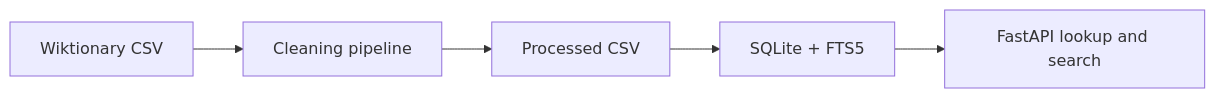
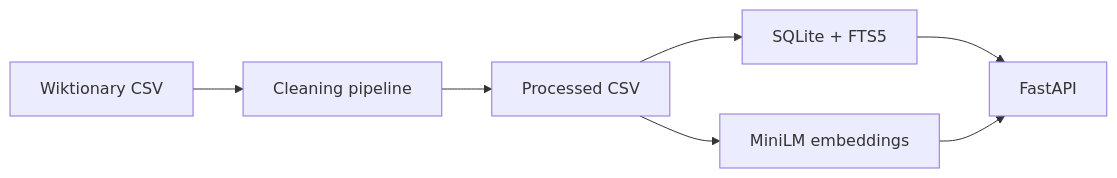
The diagram in README.md (kcsandler/hiligaynon-ai-lexicon), drawn with Mermaid before and after one commit. The commit also changed other lines of this file, not shown here.

Commit message:
Document semantic search setup and actual Recall@K results.

````diff
--- a/README.md
+++ b/README.md
@@ -42,7 +35,9 @@
 ```mermaid
 flowchart LR
   A[Wiktionary CSV] --> B[Cleaning pipeline]
   B --> C[Processed CSV]
   C --> D[SQLite + FTS5]
-  D --> E[FastAPI lookup and search]
+  C --> E[MiniLM embeddings]
+  D --> F[FastAPI]
+  E --> F
 ```
````
